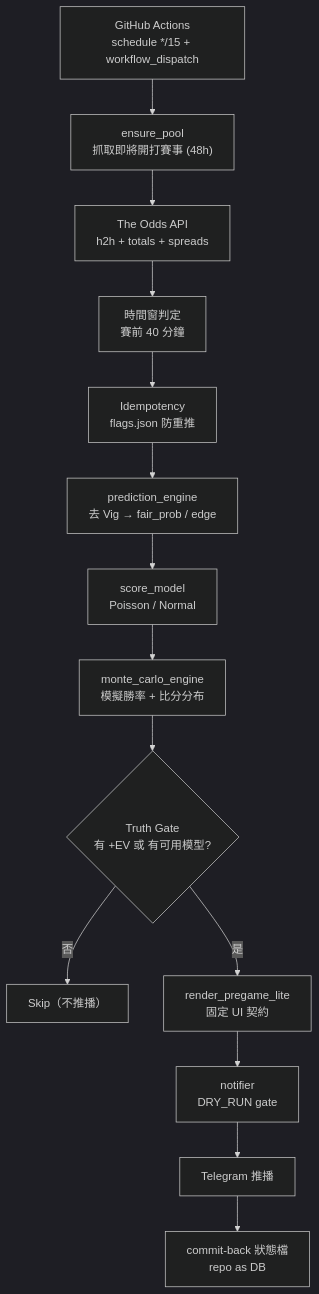
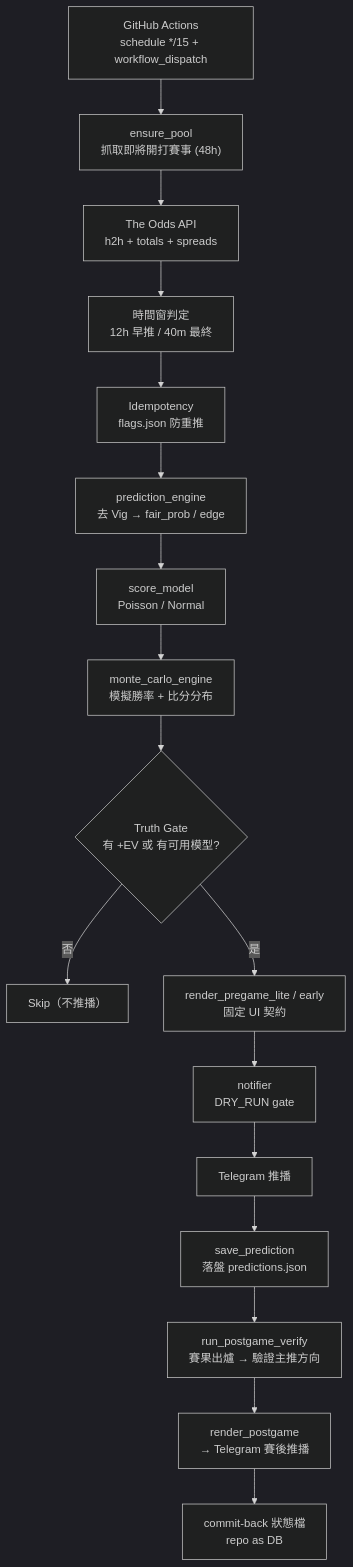
One commit to Chun427/sports-prediction-bot changed the diagram in README.md. Above: the diagram before and after it, drawn with Mermaid (dark theme). The commit also changed other lines of this file, not shown here.

````diff
--- a/README.md
+++ b/README.md
@@ -142,16 +199,19 @@
 ```mermaid
 flowchart TD
     A["GitHub Actions<br/>schedule */15 + workflow_dispatch"] --> B["ensure_pool<br/>抓取即將開打賽事 (48h)"]
     B --> C["The Odds API<br/>h2h + totals + spreads"]
-    C --> D["時間窗判定<br/>賽前 40 分鐘"]
+    C --> D["時間窗判定<br/>12h 早推 / 40m 最終"]
     D --> E["Idempotency<br/>flags.json 防重推"]
     E --> F["prediction_engine<br/>去 Vig → fair_prob / edge"]
     F --> G["score_model<br/>Poisson / Normal"]
     G --> H["monte_carlo_engine<br/>模擬勝率 + 比分分布"]
     H --> I{"Truth Gate<br/>有 +EV 或 有可用模型?"}
     I -- 否 --> S["Skip（不推播）"]
-    I -- 是 --> J["render_pregame_lite<br/>固定 UI 契約"]
+    I -- 是 --> J["render_pregame_lite / early<br/>固定 UI 契約"]
     J --> K["notifier<br/>DRY_RUN gate"]
     K --> L["Telegram 推播"]
-    L --> M["commit-back 狀態檔<br/>repo as DB"]
+    L --> N["save_prediction<br/>落盤 predictions.json"]
+    N --> O["run_postgame_verify<br/>賽果出爐 → 驗證主推方向"]
+    O --> P["render_postgame<br/>→ Telegram 賽後推播"]
+    P --> M["commit-back 狀態檔<br/>repo as DB"]
 ```
````
